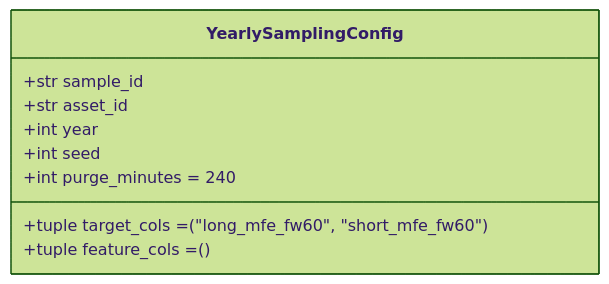
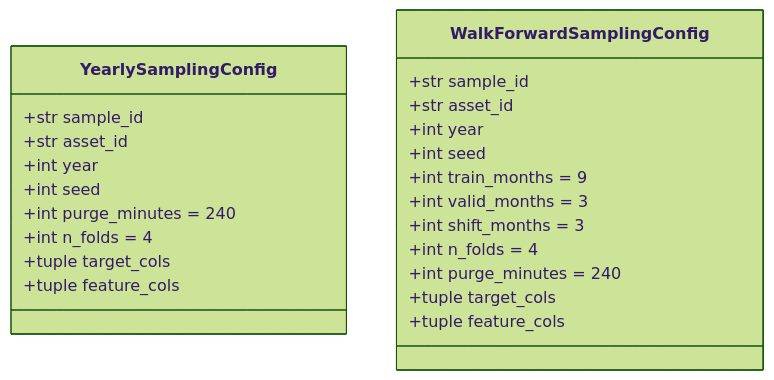
The diagram in _doc_/database_and_code_doc/5100_sampling_config.md (Nemesis14/chronoquant), drawn with Mermaid (forest theme) before and after one commit. The commit also changed other lines of this file and 170 other files, not shown here.

````diff
--- a/_doc_/database_and_code_doc/5100_sampling_config.md
+++ b/_doc_/database_and_code_doc/5100_sampling_config.md
@@ -10,12 +12,26 @@
 ```mermaid
 classDiagram
   class YearlySamplingConfig {
     +str sample_id
     +str asset_id
     +int year
     +int seed
     +int purge_minutes = 240
-    +tuple target_cols = ("long_mfe_fw60", "short_mfe_fw60")
-    +tuple feature_cols = ()
+    +int n_folds = 4
+    +tuple target_cols
+    +tuple feature_cols
+  }
+  class WalkForwardSamplingConfig {
+    +str sample_id
+    +str asset_id
+    +int year
+    +int seed
+    +int train_months = 9
+    +int valid_months = 3
+    +int shift_months = 3
+    +int n_folds = 4
+    +int purge_minutes = 240
+    +tuple target_cols
+    +tuple feature_cols
   }
 ```
````
